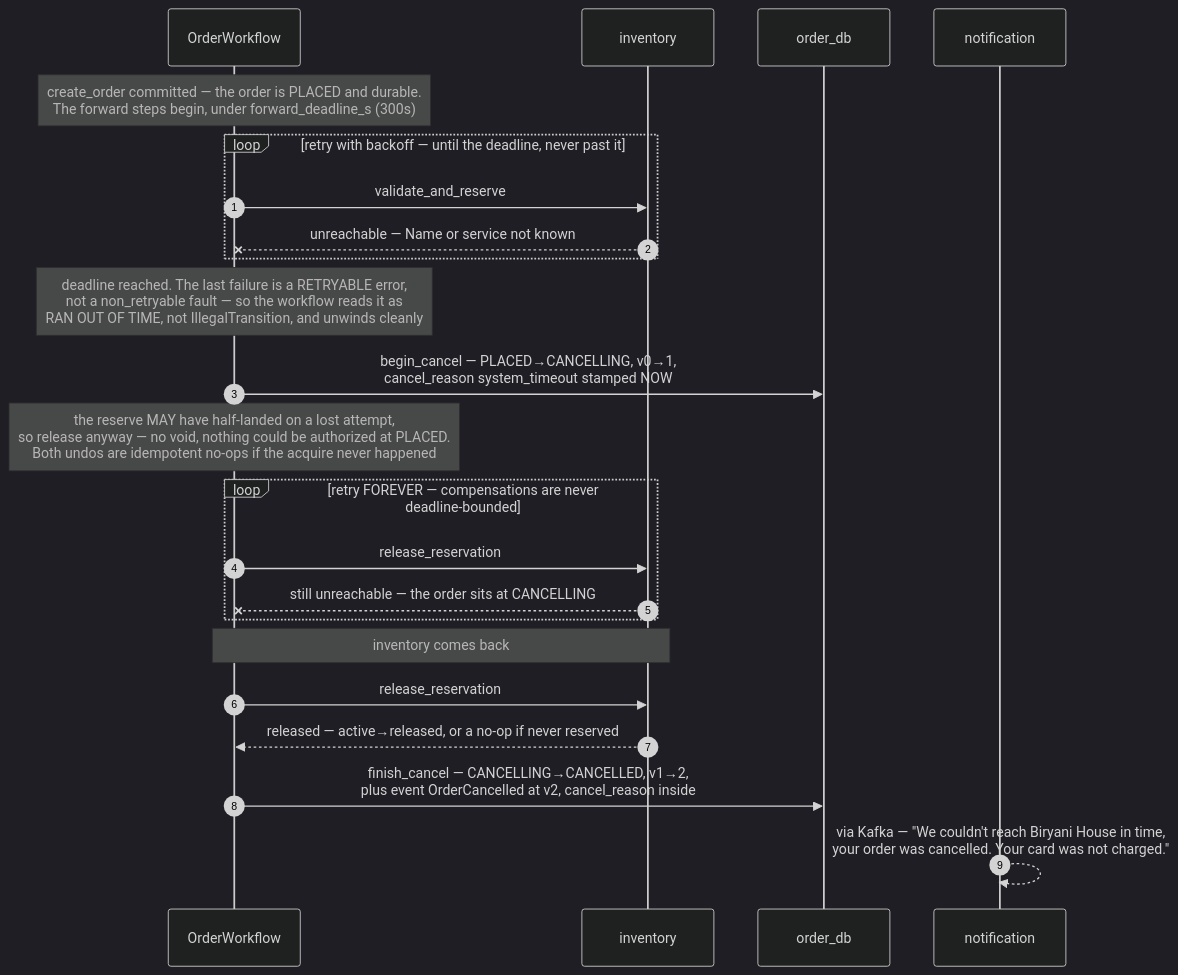
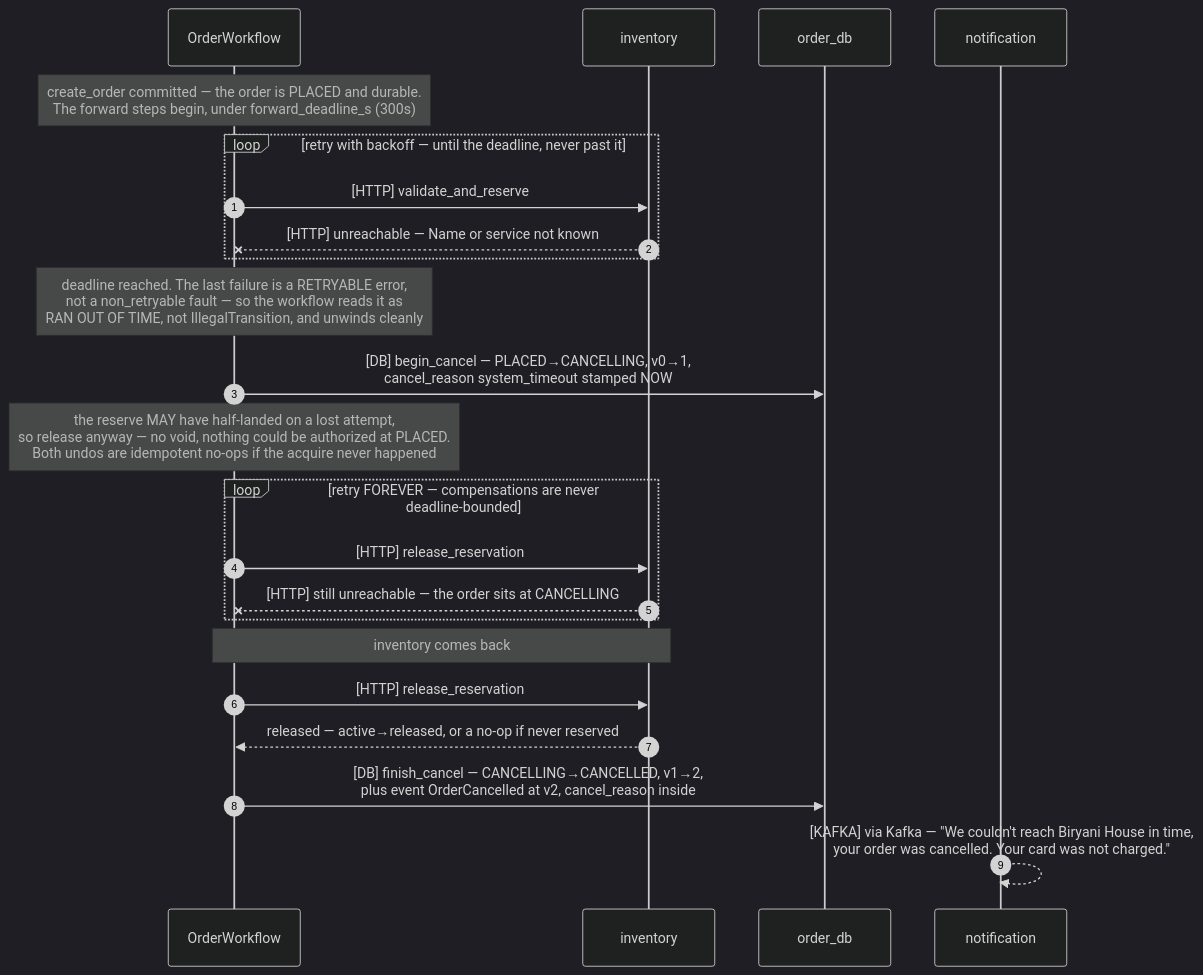
Before and after one commit to Aizazahmed-7/SmartFoodOps: the fourth of 6 diagrams in docs/flows.md, drawn with Mermaid (dark theme). The commit also changed other lines of this file, not shown here.

````diff
--- a/docs/flows.md
+++ b/docs/flows.md
@@ -143,26 +164,26 @@
 ```mermaid
 sequenceDiagram
     autonumber
     participant W as OrderWorkflow
     participant INV as inventory
     participant DB as order_db
     participant N as notification
 
     Note over W: create_order committed — the order is PLACED and durable.<br/>The forward steps begin, under forward_deadline_s (300s)
     loop retry with backoff — until the deadline, never past it
-        W->>INV: validate_and_reserve
-        INV--xW: unreachable — Name or service not known
+        W->>INV: [HTTP] validate_and_reserve
+        INV--xW: [HTTP] unreachable — Name or service not known
     end
     Note over W: deadline reached. The last failure is a RETRYABLE error,<br/>not a non_retryable fault — so the workflow reads it as<br/>RAN OUT OF TIME, not IllegalTransition, and unwinds cleanly
-    W->>DB: begin_cancel — PLACED→CANCELLING, v0→1,<br/>cancel_reason system_timeout stamped NOW
+    W->>DB: [DB] begin_cancel — PLACED→CANCELLING, v0→1,<br/>cancel_reason system_timeout stamped NOW
     Note over W: the reserve MAY have half-landed on a lost attempt,<br/>so release anyway — no void, nothing could be authorized at PLACED.<br/>Both undos are idempotent no-ops if the acquire never happened
     loop retry FOREVER — compensations are never deadline-bounded
-        W->>INV: release_reservation
-        INV--xW: still unreachable — the order sits at CANCELLING
+        W->>INV: [HTTP] release_reservation
+        INV--xW: [HTTP] still unreachable — the order sits at CANCELLING
     end
     Note over W,INV: inventory comes back
-    W->>INV: release_reservation
+    W->>INV: [HTTP] release_reservation
     INV-->>W: released — active→released, or a no-op if never reserved
-    W->>DB: finish_cancel — CANCELLING→CANCELLED, v1→2,<br/>plus event OrderCancelled at v2, cancel_reason inside
-    N-->>N: via Kafka — "We couldn't reach Biryani House in time,<br/>your order was cancelled. Your card was not charged."
+    W->>DB: [DB] finish_cancel — CANCELLING→CANCELLED, v1→2,<br/>plus event OrderCancelled at v2, cancel_reason inside
+    N-->>N: [KAFKA] via Kafka — "We couldn't reach Biryani House in time,<br/>your order was cancelled. Your card was not charged."
 ```
````
